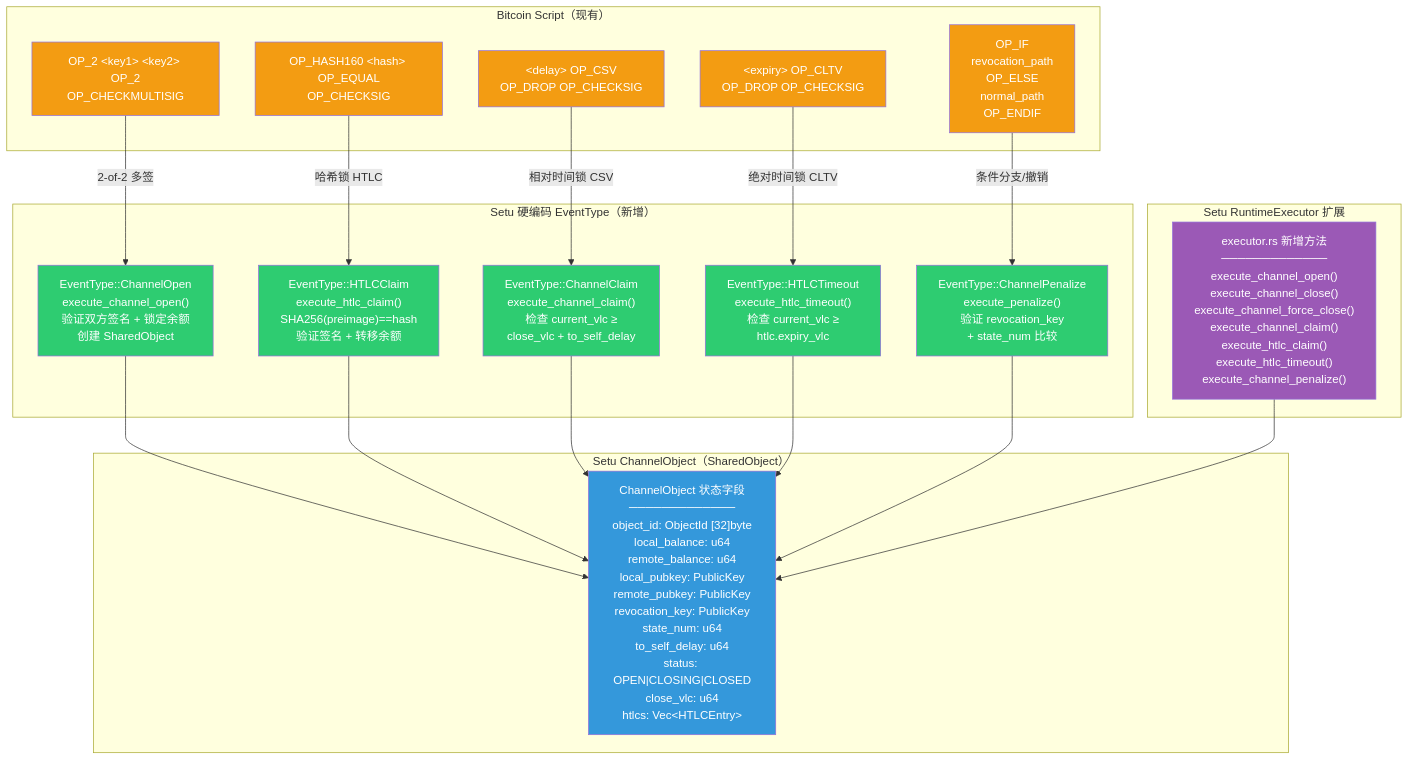
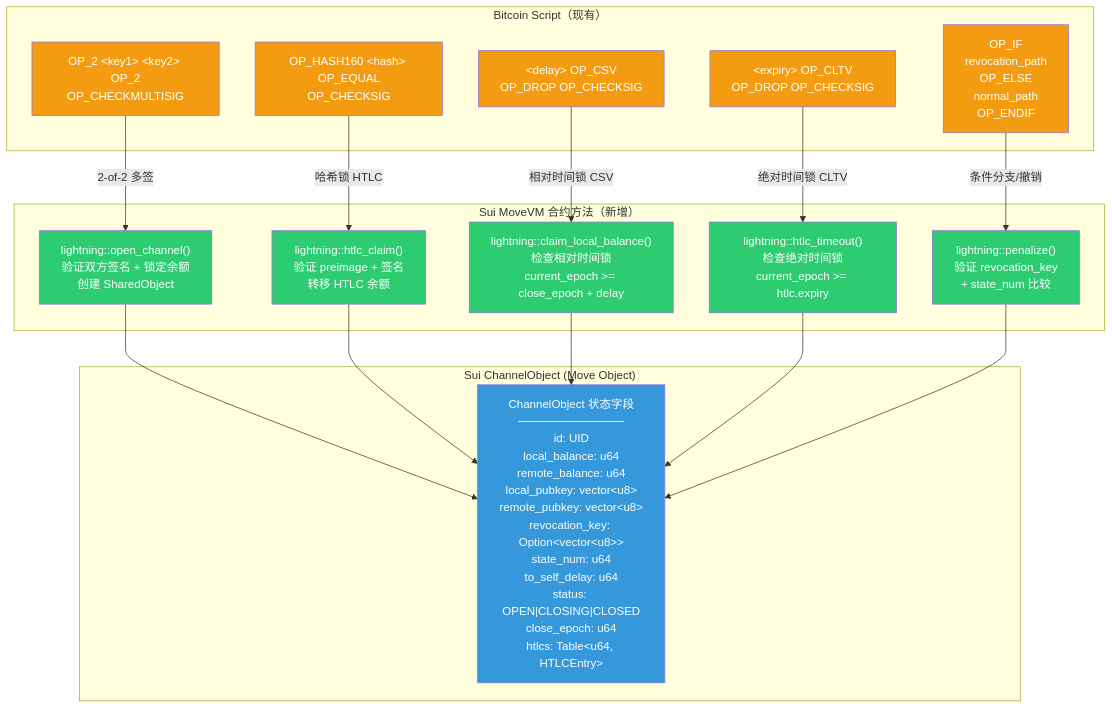
The seventh of 9 diagrams in 1-refactor-docs/lnd-and-setu-integration.md (loka-network/loka-p2p-lnd), drawn with Mermaid before and after one commit. The commit also changed other lines of this file and 43 other files, not shown here.

Commit message:
Refactor: Transition from Setu to Sui backend and implement base RPC client and wallet balance mapping

````diff
--- a/1-refactor-docs/lnd-and-setu-integration.md
+++ b/1-refactor-docs/lnd-and-setu-integration.md
@@ -355,52 +355,46 @@
 ```mermaid
 graph TB
     subgraph "Bitcoin Script（现有）"
         BS1["OP_2 &lt;key1&gt; &lt;key2&gt; OP_2<br/>OP_CHECKMULTISIG"]
         BS2["OP_HASH160 &lt;hash&gt; OP_EQUAL<br/>OP_CHECKSIG"]
         BS3["&lt;delay&gt; OP_CSV<br/>OP_DROP OP_CHECKSIG"]
         BS4["&lt;expiry&gt; OP_CLTV<br/>OP_DROP OP_CHECKSIG"]
         BS5["OP_IF<br/>  revocation_path<br/>OP_ELSE<br/>  normal_path<br/>OP_ENDIF"]
     end
 
-    subgraph "Setu 硬编码 EventType（新增）"
-        SP1["EventType::ChannelOpen<br/>execute_channel_open()<br/>验证双方签名 + 锁定余额<br/>创建 SharedObject"]
-        SP2["EventType::HTLCClaim<br/>execute_htlc_claim()<br/>SHA256(preimage)==hash<br/>验证签名 + 转移余额"]
-        SP3["EventType::ChannelClaim<br/>execute_channel_claim()<br/>检查 current_vlc ≥<br/>close_vlc + to_self_delay"]
-        SP4["EventType::HTLCTimeout<br/>execute_htlc_timeout()<br/>检查 current_vlc ≥<br/>htlc.expiry_vlc"]
-        SP5["EventType::ChannelPenalize<br/>execute_penalize()<br/>验证 revocation_key<br/>+ state_num 比较"]
+    subgraph "Sui MoveVM 合约方法（新增）"
+        SP1["lightning::open_channel()<br/>验证双方签名 + 锁定余额<br/>创建 SharedObject"]
+        SP2["lightning::htlc_claim()<br/>验证 preimage + 签名<br/>转移 HTLC 余额"]
+        SP3["lightning::claim_local_balance()<br/>检查相对时间锁<br/>current_epoch >= close_epoch + delay"]
+        SP4["lightning::htlc_timeout()<br/>检查绝对时间锁<br/>current_epoch >= htlc.expiry"]
+        SP5["lightning::penalize()<br/>验证 revocation_key<br/>+ state_num 比较"]
     end
 
     BS1 -->|"2-of-2 多签"| SP1
     BS2 -->|"哈希锁 HTLC"| SP2
     BS3 -->|"相对时间锁 CSV"| SP3
     BS4 -->|"绝对时间锁 CLTV"| SP4
     BS5 -->|"条件分支/撤销"| SP5
 
-    subgraph "Setu ChannelObject（SharedObject）"
-        CO["ChannelObject 状态字段<br/>─────────────<br/>object_id: ObjectId [32]byte<br/>local_balance: u64<br/>remote_balance: u64<br/>local_pubkey: PublicKey<br/>remote_pubkey: PublicKey<br/>revocation_key: PublicKey<br/>state_num: u64<br/>to_self_delay: u64<br/>status: OPEN|CLOSING|CLOSED<br/>close_vlc: u64<br/>htlcs: Vec&lt;HTLCEntry&gt;"]
-    end
-
-    subgraph "Setu RuntimeExecutor 扩展"
-        RE["executor.rs 新增方法<br/>─────────────<br/>execute_channel_open()<br/>execute_channel_close()<br/>execute_channel_force_close()<br/>execute_channel_claim()<br/>execute_htlc_claim()<br/>execute_htlc_timeout()<br/>execute_channel_penalize()"]
+    subgraph "Sui ChannelObject (Move Object)"
+        CO["ChannelObject 状态字段<br/>─────────────<br/>id: UID<br/>local_balance: u64<br/>remote_balance: u64<br/>local_pubkey: vector&lt;u8&gt;<br/>remote_pubkey: vector&lt;u8&gt;<br/>revocation_key: Option&lt;vector&lt;u8&gt;&gt;<br/>state_num: u64<br/>to_self_delay: u64<br/>status: OPEN|CLOSING|CLOSED<br/>close_epoch: u64<br/>htlcs: Table&lt;u64, HTLCEntry&gt;"]
     end
 
     SP1 --> CO
     SP2 --> CO
     SP3 --> CO
     SP4 --> CO
     SP5 --> CO
-    RE --> CO
 
     style BS1 fill:#f39c12,color:#fff
     style BS2 fill:#f39c12,color:#fff
     style BS3 fill:#f39c12,color:#fff
     style BS4 fill:#f39c12,color:#fff
     style BS5 fill:#f39c12,color:#fff
     style SP1 fill:#2ecc71,color:#fff
     style SP2 fill:#2ecc71,color:#fff
     style SP3 fill:#2ecc71,color:#fff
     style SP4 fill:#2ecc71,color:#fff
     style SP5 fill:#2ecc71,color:#fff
     style CO fill:#3498db,color:#fff
-    style RE fill:#9b59b6,color:#fff
 ```
````
